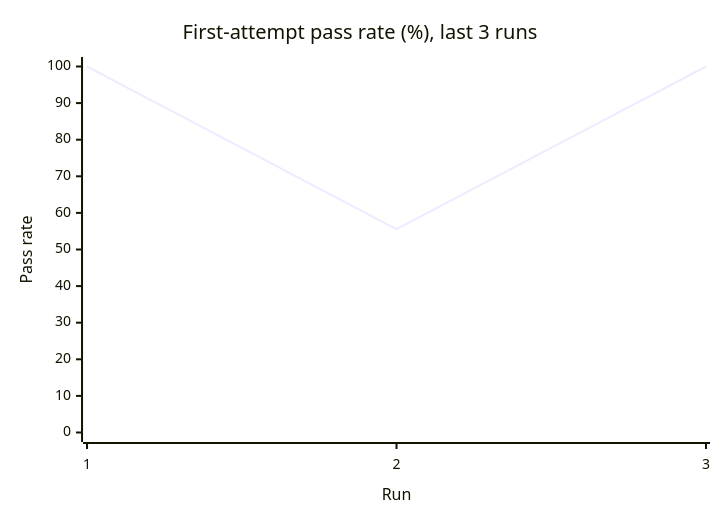
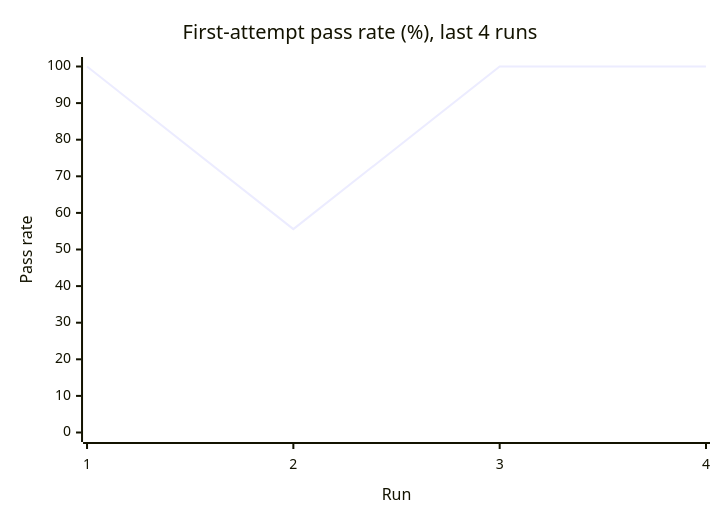
One commit to Shirojoufu/diorama-viewer changed the first of 2 diagrams in reports/summary.md. Above: the diagram before and after it, drawn with Mermaid. The commit also changed other lines of this file and 5 other files, not shown here.

````diff
--- a/reports/summary.md
+++ b/reports/summary.md
@@ -28,7 +17,7 @@
 ```mermaid
 xychart-beta
-    title "First-attempt pass rate (%), last 3 runs"
-    x-axis "Run" [1, 2, 3]
+    title "First-attempt pass rate (%), last 4 runs"
+    x-axis "Run" [1, 2, 3, 4]
     y-axis "Pass rate" 0 --> 100
-    line [100.0, 55.56, 100.0]
+    line [100.0, 55.56, 100.0, 100.0]
 ```
````
